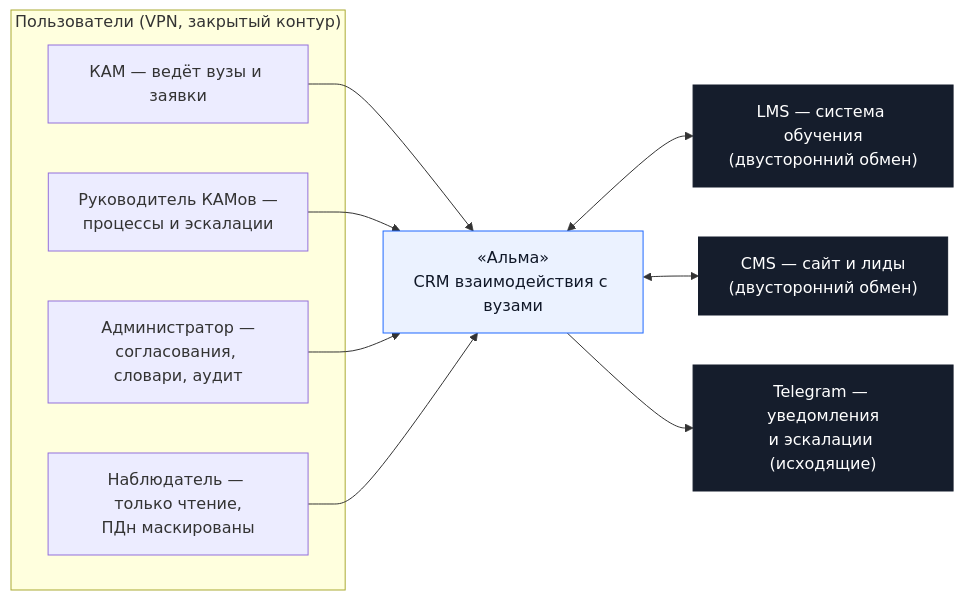
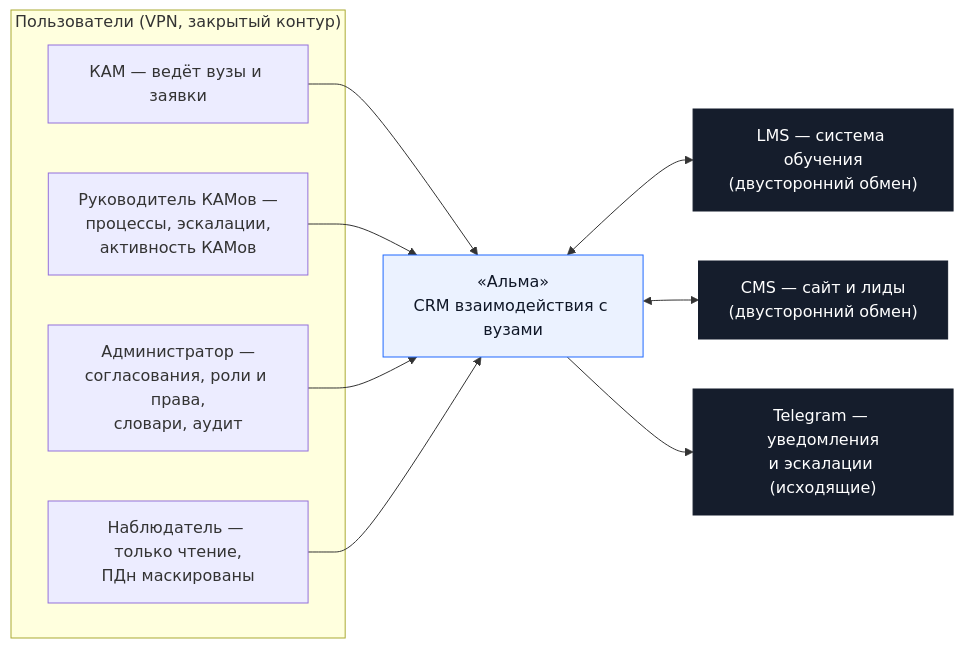
Before and after one commit to ilya2108/Collabse-LCT-Alma: the first of 3 diagrams in README.md, drawn with Mermaid. The commit also changed other lines of this file and 26 other files, not shown here.

````diff
--- a/README.md
+++ b/README.md
@@ -123,26 +144,26 @@
 ```mermaid
 flowchart LR
     subgraph roles["Пользователи (VPN, закрытый контур)"]
         KAM["КАМ — ведёт вузы и заявки"]
-        HEAD["Руководитель КАМов —<br/>процессы и эскалации"]
-        ADM["Администратор —<br/>согласования, словари, аудит"]
+        HEAD["Руководитель КАМов —<br/>процессы, эскалации,<br/>активность КАМов"]
+        ADM["Администратор —<br/>согласования, роли и права,<br/>словари, аудит"]
         OBS["Наблюдатель — только чтение,<br/>ПДн маскированы"]
     end
     ALMA["«Альма»<br/>CRM взаимодействия с вузами"]
     LMS["LMS — система обучения<br/>(двусторонний обмен)"]
     CMS["CMS — сайт и лиды<br/>(двусторонний обмен)"]
     TGE["Telegram — уведомления<br/>и эскалации (исходящие)"]
 
     KAM --> ALMA
     HEAD --> ALMA
     ADM --> ALMA
     OBS --> ALMA
     ALMA <--> LMS
     ALMA <--> CMS
     ALMA --> TGE
 
     classDef core fill:#EBF2FF,stroke:#1F69FF,color:#101828
     classDef ext fill:#151D2C,stroke:#151D2C,color:#FFFFFF
     class ALMA core
     class LMS,CMS,TGE ext
 ```
````
